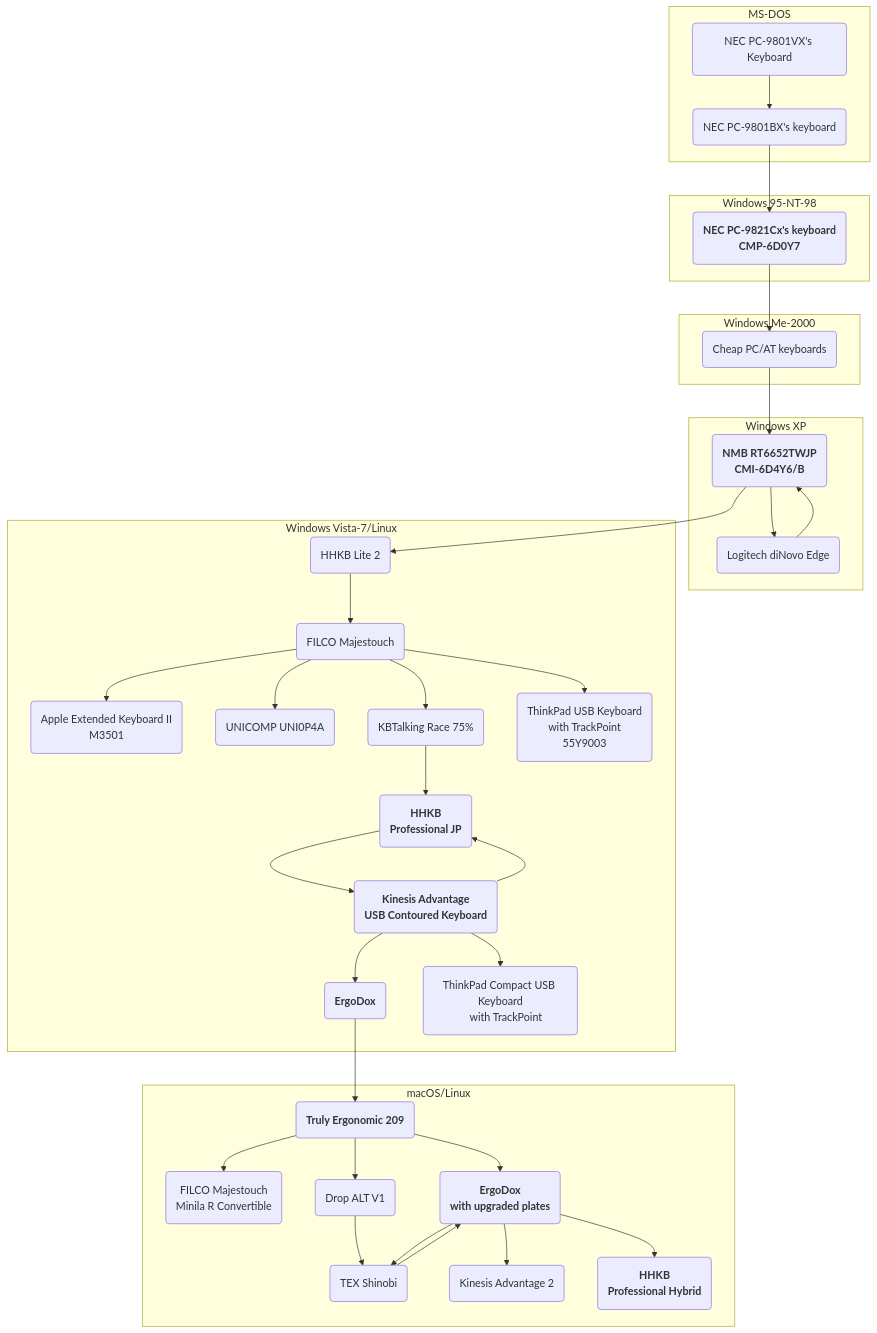
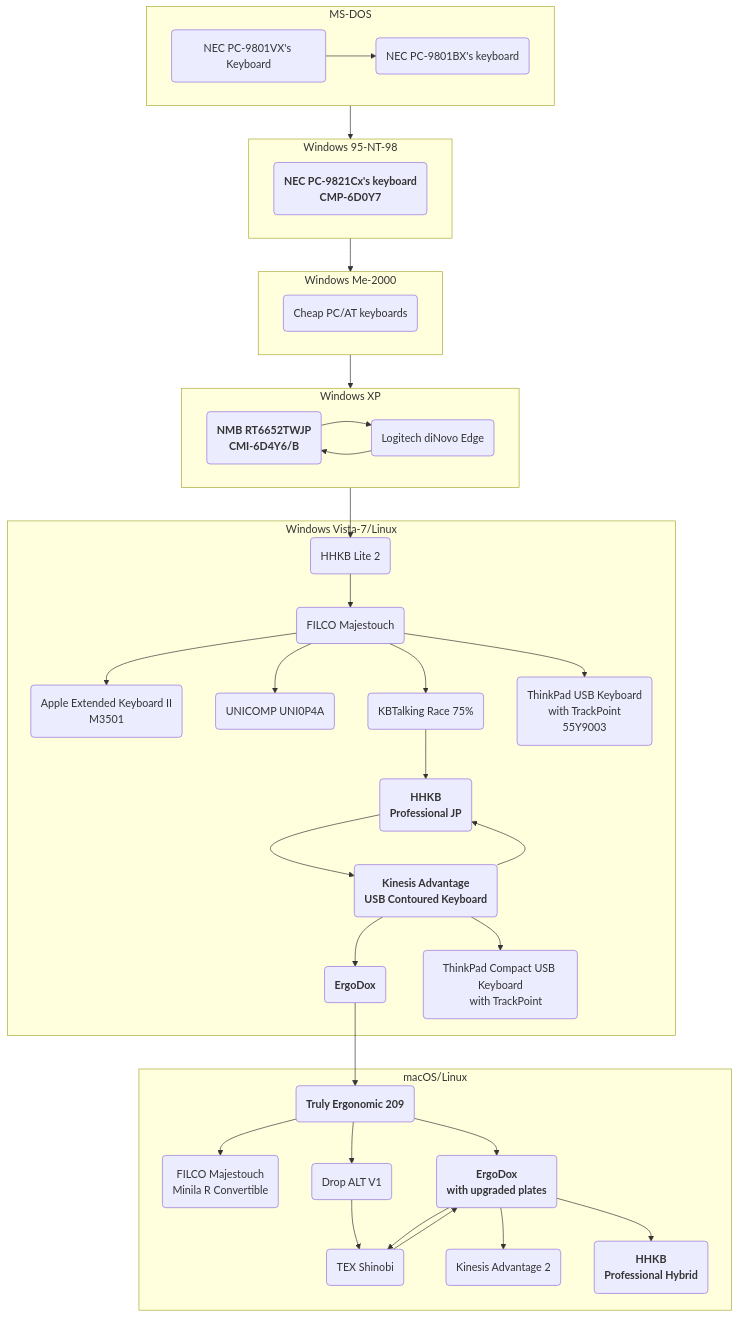
The diagram in hid.md (sumibi-yakitori/sumibi-yakitori), drawn with Mermaid before and after one commit.

````diff
--- a/hid.md
+++ b/hid.md
@@ -19,56 +19,64 @@
 ```mermaid
-graph TD;
-    subgraph MS-DOS
+flowchart TB;
+  subgraph MS-DOS
+    direction LR
+
     pc9801vx(NEC PC-9801VX's Keyboard)-->pc9801bx(NEC PC-9801BX's keyboard);
-    end
+  end
+  
+  subgraph Windows 95-NT-98
+    direction LR
 
-    subgraph Windows 95-NT-98
     pc9801bx-->pc9821cx13("`**NEC PC-9821Cx's keyboard
     CMP-6D0Y7**`");
-    end
+  end
+  
+  subgraph Windows Me-2000
+    direction LR
 
-    subgraph Windows Me-2000
     pc9821cx13-->pcat1(Cheap PC/AT keyboards);
-    end
+  end
+  
+  subgraph Windows XP
+    direction LR
 
-    subgraph Windows XP
     pcat1-->nmb;
     nmb("`**NMB RT6652TWJP
     CMI-6D4Y6/B**`")-->Logitech(Logitech diNovo Edge)-->nmb;
-    end
-
-    subgraph Windows Vista-7/Linux
+  end
+  
+  subgraph Windows Vista-7/Linux
     nmb-->hhkb-lite(HHKB Lite 2);
     hhkb-lite-->filco-m(FILCO Majestouch);
     filco-m-->ae-kb("Apple Extended Keyboard II
     M3501");
     filco-m-->unicomp(UNICOMP UNI0P4A);
     filco-m-->race(KBTalking Race 75%);
     filco-m-->thinkpad1("ThinkPad USB Keyboard
     with TrackPoint
     55Y9003");
     race-->hhkb-pro-jp("`**HHKB
     Professional JP**`");
     hhkb-pro-jp-->kinesis-a("`**Kinesis Advantage
     USB Contoured Keyboard**`");
     kinesis-a-->hhkb-pro-jp;
     kinesis-a-->ergodox1("`**ErgoDox**`");
     kinesis-a-->thinkpad2("ThinkPad Compact USB Keyboard
     with TrackPoint");
-    end
-
-    subgraph macOS/Linux
+  end
+  
+  subgraph macOS/Linux
     ergodox1-->teck("`**Truly Ergonomic 209**`");
     teck-->filco-minila-r("FILCO Majestouch
     Minila R Convertible");
     teck-->ergodox2("`**ErgoDox
     with upgraded plates**`");
     teck-->drop-alt(Drop ALT V1);
     drop-alt-->shinobi;
     ergodox2-->shinobi(TEX Shinobi);
     shinobi-->ergodox2
     ergodox2-->kinesis-a2(Kinesis Advantage 2);
     ergodox2-->hhkb-hybrid("`**HHKB
     Professional Hybrid**`");
-    end
+  end
 ```
````
